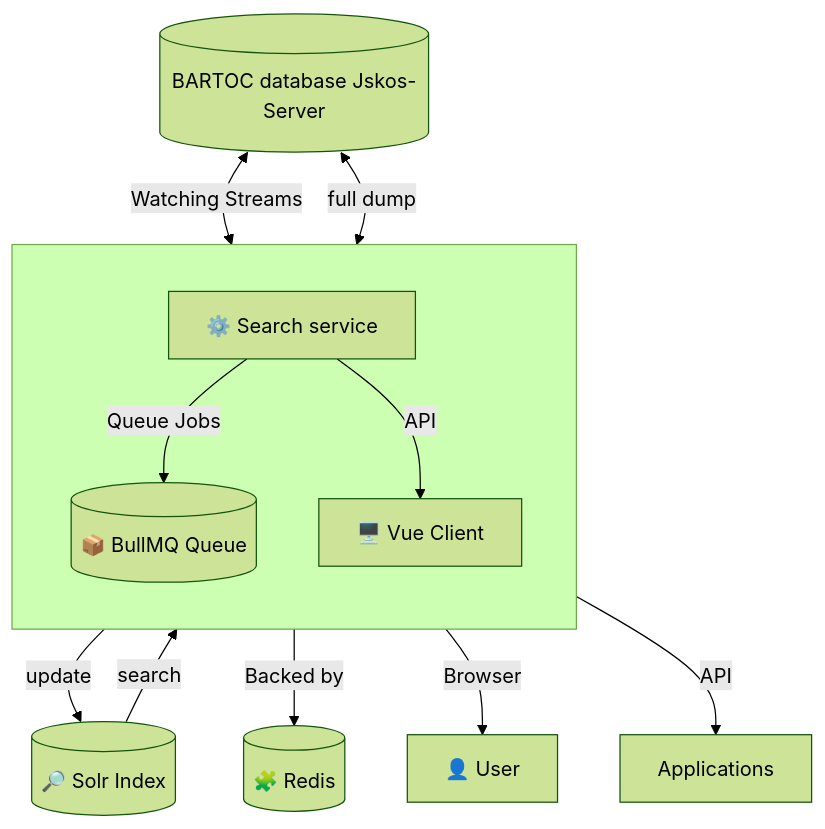
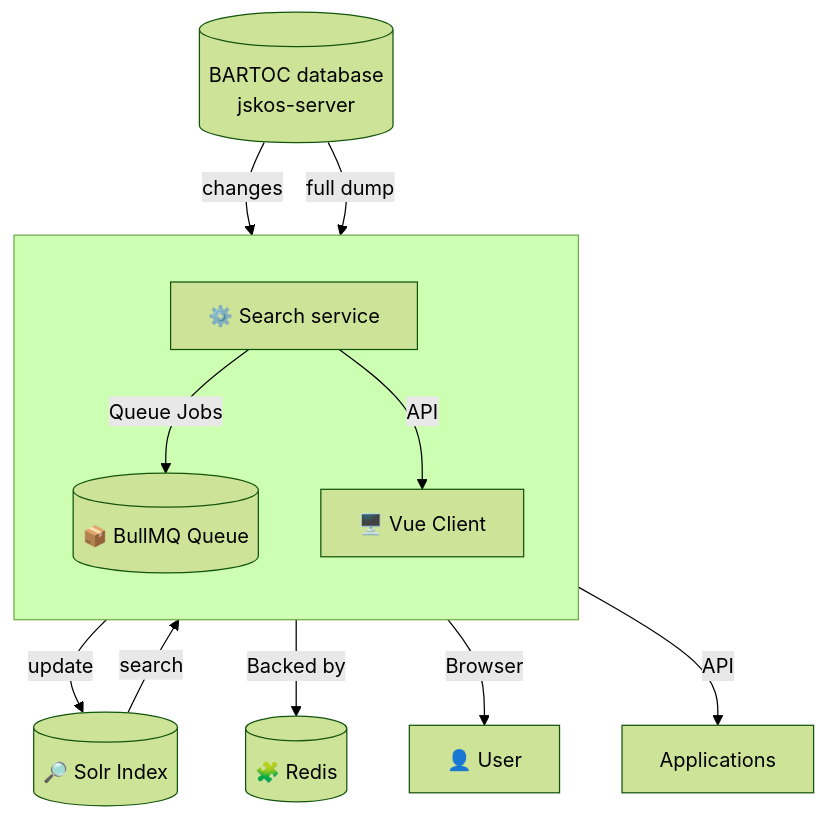
Before and after one commit to gbv/bartoc-search: the diagram in README.md, drawn with Mermaid (forest theme). The commit also changed other lines of this file, not shown here.

```diff
--- a/README.md
+++ b/README.md
@@ -12,31 +318,31 @@
 ~~~mermaid
 graph TD
   Solr[(🔎 Solr Index)]
-  DB[(BARTOC database Jskos-Server)]
+  DB[(BARTOC database<br>jskos-server)]
   Redis[(🧩 Redis)]
   BullMQ[(📦 BullMQ Queue)]
   subgraph search service [ ]
     direction TB
     Server[⚙️ Search service]
     BullMQ[(📦 BullMQ Queue)]
     Client[🖥️ Vue Client]
   end
   Client[🖥️ Vue Client]
 
   User[👤 User]
 
   Applications
 
   %% FLOWS %%
-  DB <-- "Watching Streams" --> Server
-  DB <-- "full dump" --> Server
+  DB -- "changes" --> Server
+  DB -- "full dump" --> Server
   Server -->|update| Solr
   Solr -->|search| Server
 
   Server -- "Queue Jobs" --> BullMQ
   BullMQ -- "Backed by" --> Redis
 
   Client -- "Browser" --> User
   Server -- "API" --> Applications
   Server -- "API" --> Client
 ~~~
```
